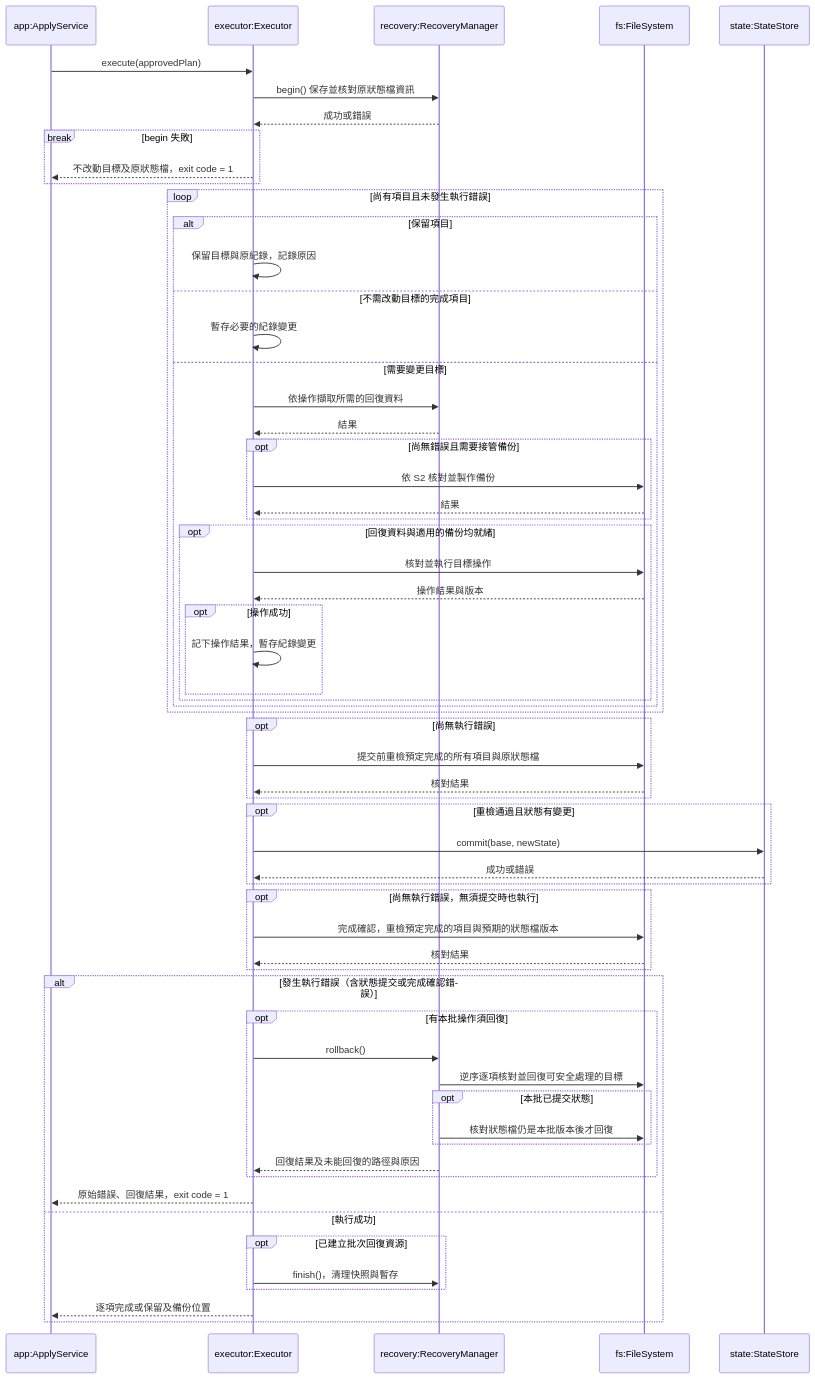
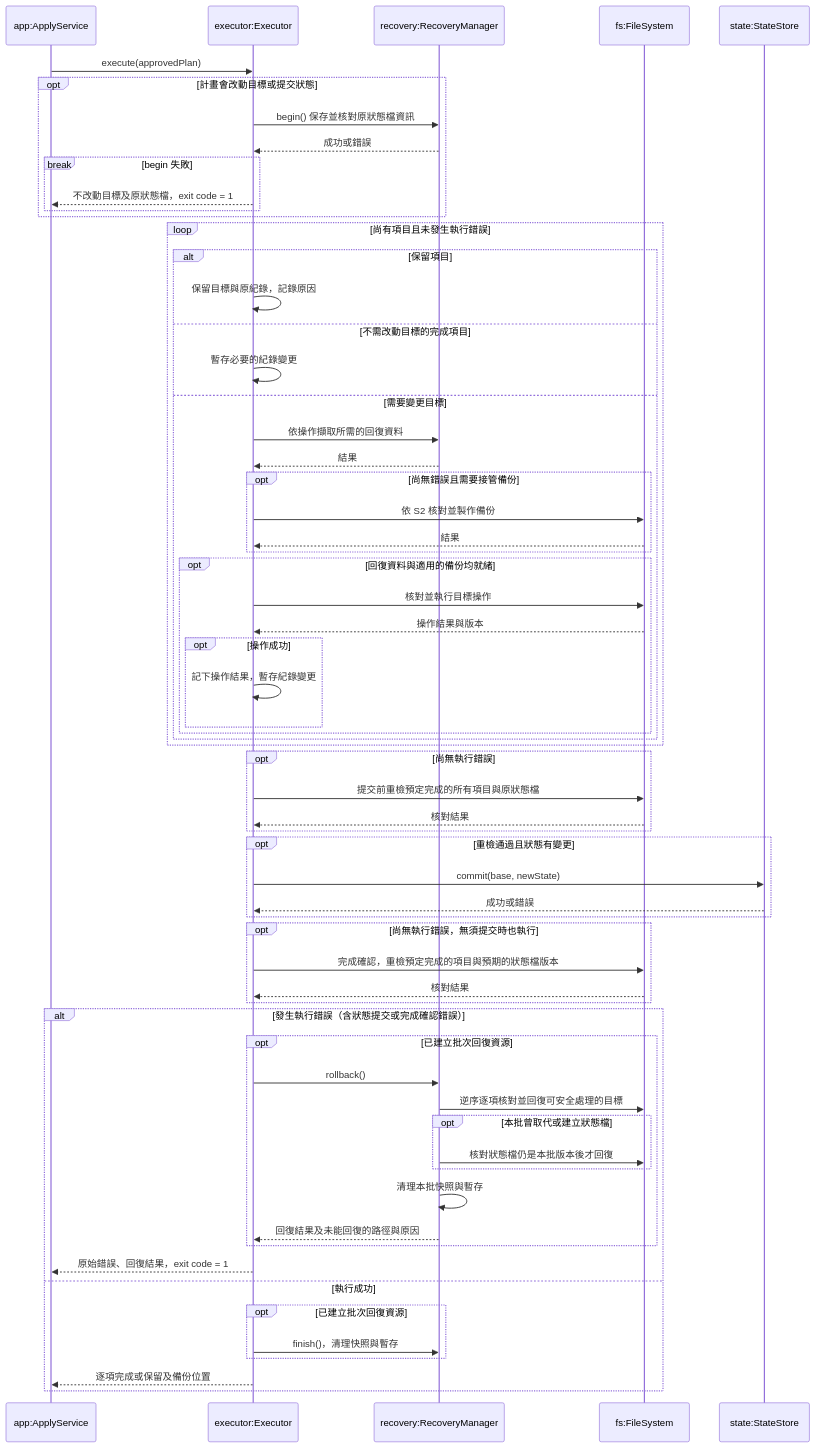
Before and after one commit to accidental-two-timer-sam-woof/rosamta-waterfall: the ninth of 10 diagrams in docs/03-preliminary-design/uml.md, drawn with Mermaid. The commit also changed other lines of this file and 6 other files, not shown here.

````diff
--- a/docs/03-preliminary-design/uml.md
+++ b/docs/03-preliminary-design/uml.md
@@ -630,63 +642,66 @@
 ```mermaid
 sequenceDiagram
     participant A as app:ApplyService
     participant E as executor:Executor
     participant R as recovery:RecoveryManager
     participant F as fs:FileSystem
     participant S as state:StateStore
     A->>E: execute(approvedPlan)
-    E->>R: begin() 保存並核對原狀態檔資訊
-    R-->>E: 成功或錯誤
-    break begin 失敗
-        E-->>A: 不改動目標及原狀態檔，exit code = 1
+    opt 計畫會改動目標或提交狀態
+        E->>R: begin() 保存並核對原狀態檔資訊
+        R-->>E: 成功或錯誤
+        break begin 失敗
+            E-->>A: 不改動目標及原狀態檔，exit code = 1
+        end
     end
     loop 尚有項目且未發生執行錯誤
         alt 保留項目
             E->>E: 保留目標與原紀錄，記錄原因
         else 不需改動目標的完成項目
             E->>E: 暫存必要的紀錄變更
         else 需要變更目標
             E->>R: 依操作擷取所需的回復資料
             R-->>E: 結果
             opt 尚無錯誤且需要接管備份
                 E->>F: 依 S2 核對並製作備份
                 F-->>E: 結果
             end
             opt 回復資料與適用的備份均就緒
                 E->>F: 核對並執行目標操作
                 F-->>E: 操作結果與版本
                 opt 操作成功
                     E->>E: 記下操作結果，暫存紀錄變更
                 end
             end
         end
     end
     opt 尚無執行錯誤
         E->>F: 提交前重檢預定完成的所有項目與原狀態檔
         F-->>E: 核對結果
     end
     opt 重檢通過且狀態有變更
         E->>S: commit(base, newState)
         S-->>E: 成功或錯誤
     end
     opt 尚無執行錯誤，無須提交時也執行
         E->>F: 完成確認，重檢預定完成的項目與預期的狀態檔版本
         F-->>E: 核對結果
     end
     alt 發生執行錯誤（含狀態提交或完成確認錯誤）
-        opt 有本批操作須回復
+        opt 已建立批次回復資源
             E->>R: rollback()
             R->>F: 逆序逐項核對並回復可安全處理的目標
-            opt 本批已提交狀態
+            opt 本批曾取代或建立狀態檔
                 R->>F: 核對狀態檔仍是本批版本後才回復
             end
+            R->>R: 清理本批快照與暫存
             R-->>E: 回復結果及未能回復的路徑與原因
         end
         E-->>A: 原始錯誤、回復結果，exit code = 1
     else 執行成功
         opt 已建立批次回復資源
             E->>R: finish()，清理快照與暫存
         end
         E-->>A: 逐項完成或保留及備份位置
     end
 ```
````
